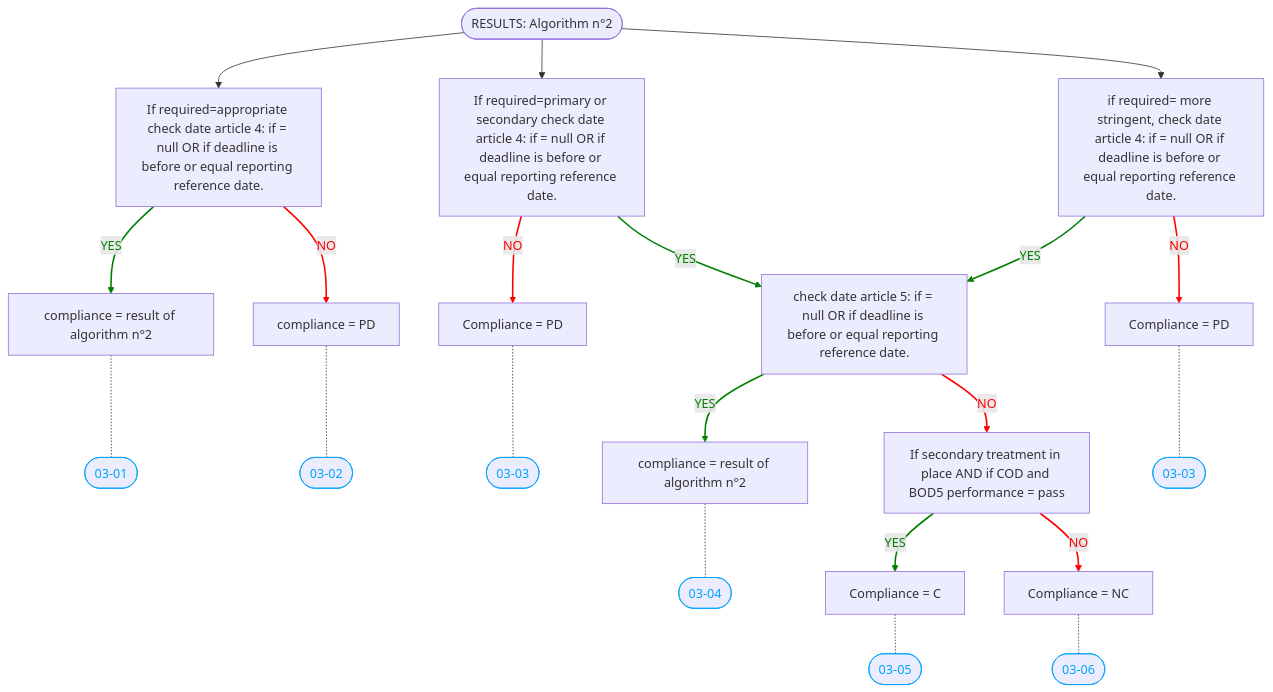
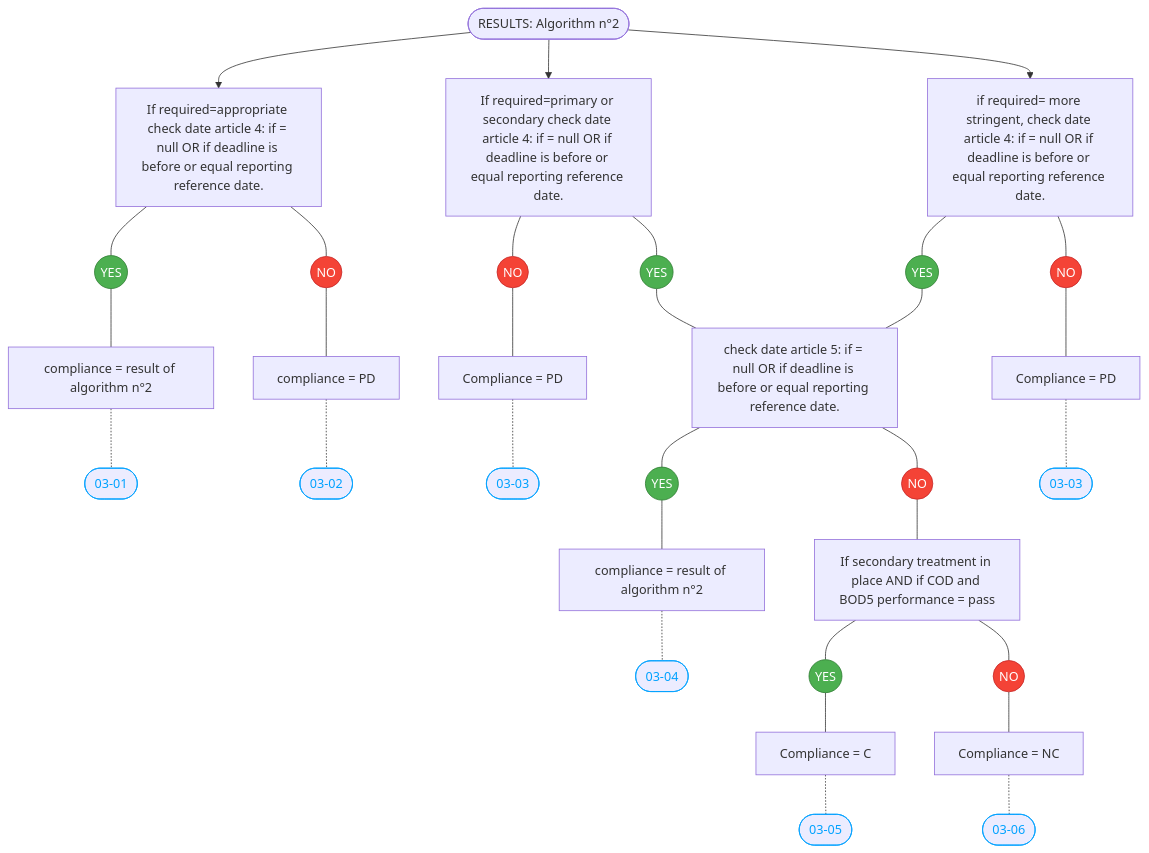
Before and after one commit to eeadata/WISE.UWWTD.Documentation: the diagram in docs/algorithms/algorithm-3.md, drawn with Mermaid. The commit also changed other lines of this file and 23 other files, not shown here.

First line of the commit message:
Update CSS, diagrams and tables

````diff
--- a/docs/algorithms/algorithm-3.md
+++ b/docs/algorithms/algorithm-3.md
@@ -47,42 +47,46 @@
 ```{mermaid}
 graph TB
 ROOT(["RESULTS: Algorithm n°2"])
 
 ROOT --> L1["If required=appropriate check date article 4: if = null OR if deadline is before or equal reporting reference date."]
 ROOT --> M1["If required=primary or secondary check date article 4: if = null OR if deadline is before or equal reporting reference date."]
 ROOT --> R1["if required= more stringent, check date article 4: if = null OR if deadline is before or equal reporting reference date."]
 
 %% Left Branch
-L1 -->|YES| L_YES["compliance = result of algorithm n°2"]
+L1 --- Y1((YES)) --- L_YES["compliance = result of algorithm n°2"]
 L_YES -.- ID01(["03-01"])
-L1 -->|NO| L_NO["compliance = PD"]
+L1 --- N1((NO)) --- L_NO["compliance = PD"]
 L_NO -.- ID02(["03-02"])
 
 %% Middle Branch
-M1 -->|NO| M_NO["Compliance = PD"]
+M1 --- N2((NO)) --- M_NO["Compliance = PD"]
 M_NO -.- ID03A(["03-03"])
-M1 -->|YES| A5_CHECK["check date article 5: if = null OR if deadline is before or equal reporting reference date."]
+M1 --- Y2((YES)) --- A5_CHECK["check date article 5: if = null OR if deadline is before or equal reporting reference date."]
 
 %% Right Branch
-R1 -->|YES| A5_CHECK
-R1 -->|NO| R_NO["Compliance = PD"]
+R1 --- Y3((YES)) --- A5_CHECK
+R1 --- N3((NO)) --- R_NO["Compliance = PD"]
 R_NO -.- ID03B(["03-03"])
 
 %% Article 5 Check
-A5_CHECK -->|YES| A5_YES["compliance = result of algorithm n°2"]
+A5_CHECK --- Y4((YES)) --- A5_YES["compliance = result of algorithm n°2"]
 A5_YES -.- ID04(["03-04"])
-A5_CHECK -->|NO| A5_NO["If secondary treatment in place AND if COD and BOD5 performance = pass"]
+A5_CHECK --- N4((NO)) --- A5_NO["If secondary treatment in place AND if COD and BOD5 performance = pass"]
 
-%% Secondary Treatment Check
-A5_NO -->|YES| SEC_YES["Compliance = C"]
-SEC_YES -.- ID05(["03-05"])
-A5_NO -->|NO| SEC_NO["Compliance = NC"]
-SEC_NO -.- ID06(["03-06"])
+%% A5_NO branch
 
+A5_NO --- Y5((YES)) --- N6["Compliance = C"] -.- ID05(["03-05"])
+A5_NO --- N5((NO)) --- N7["Compliance = NC"] -.- ID06(["03-06"])
+
+
+
+%% Styles
 classDef reference stroke:#00a2ff,color:#00a2ff;
+classDef yesBox fill:#4CAF50,color:white,stroke:#2E7D32;
+classDef noBox fill:#F44336,color:white,stroke:#C62828;
+
+%% Class Assignments
 class ID01,ID02,ID03A,ID03B,ID04,ID05,ID06 reference;
-
-%% Apply YES (Green) and NO (Red) Link Styles
-linkStyle 3,9,10,13,16 stroke:green,color:green,stroke-width:2px;
-linkStyle 5,7,11,15,18 stroke:red,color:red,stroke-width:2px;
+class Y1,Y2,Y3,Y4,Y5 yesBox;
+class N1,N2,N3,N4,N5 noBox;
 ```
````
